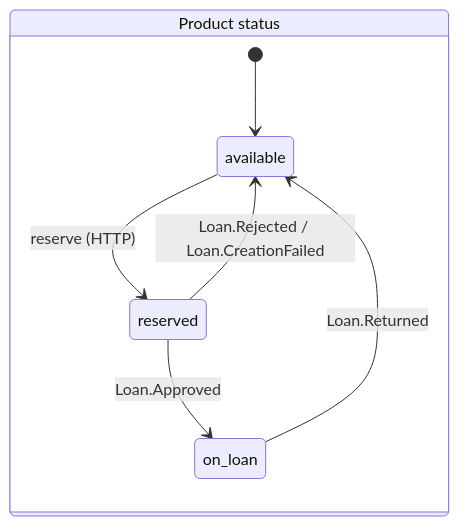
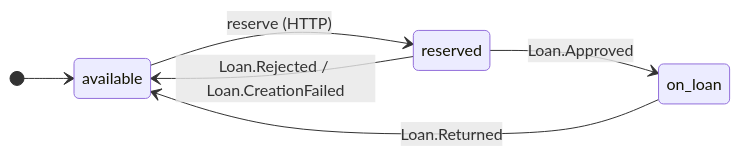
The fifth of 7 diagrams in README.md (willcornforth/deviceloan), drawn with Mermaid before and after one commit. The commit also changed other lines of this file, not shown here.

````diff
--- a/README.md
+++ b/README.md
@@ -319,11 +279,9 @@
 ```mermaid
 stateDiagram-v2
     direction LR
-    state "Product status" as Product {
-        [*] --> available
-        available --> reserved: reserve (HTTP)
-        reserved --> on_loan: Loan.Approved
-        reserved --> available: Loan.Rejected / Loan.CreationFailed
-        on_loan --> available: Loan.Returned
-    }
+    [*] --> available
+    available --> reserved: reserve (HTTP)
+    reserved --> on_loan: Loan.Approved
+    reserved --> available: Loan.Rejected / Loan.CreationFailed
+    on_loan --> available: Loan.Returned
 ```
````
